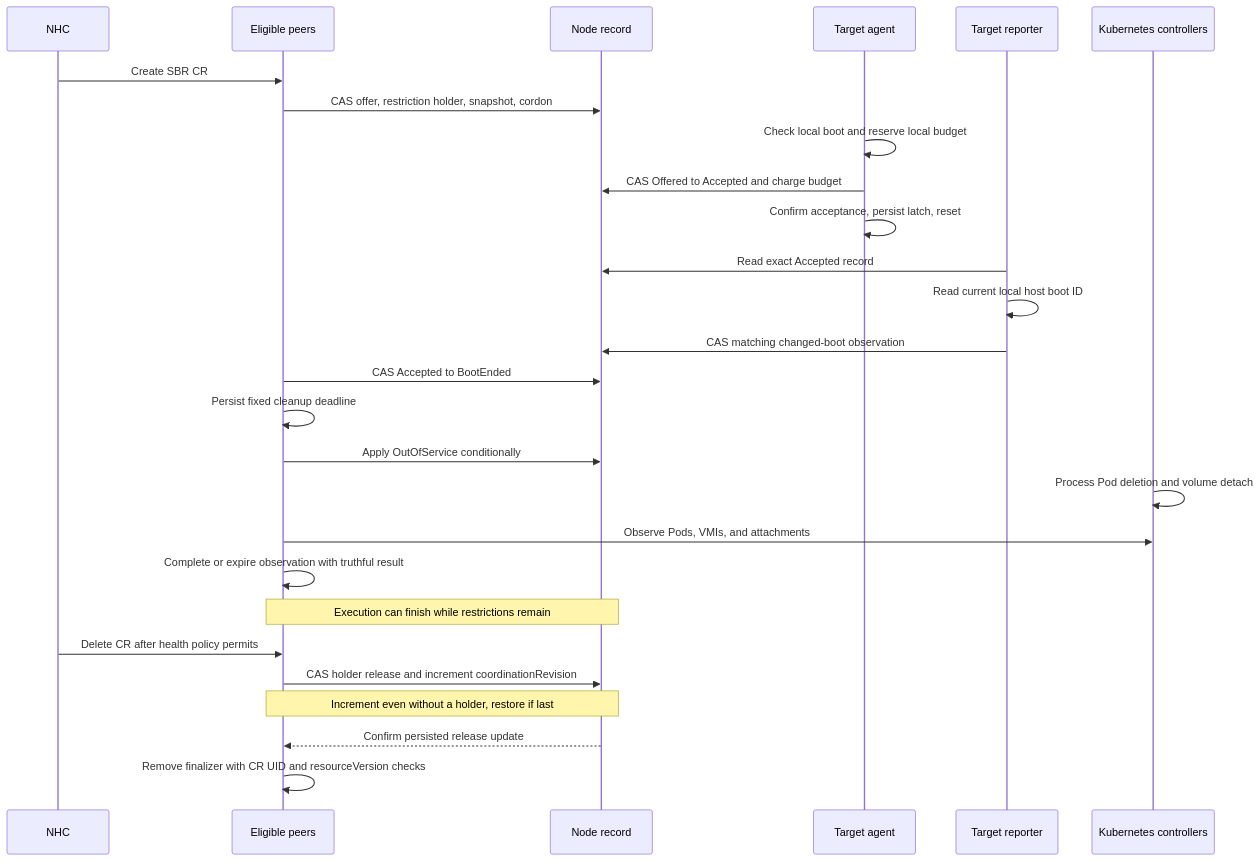
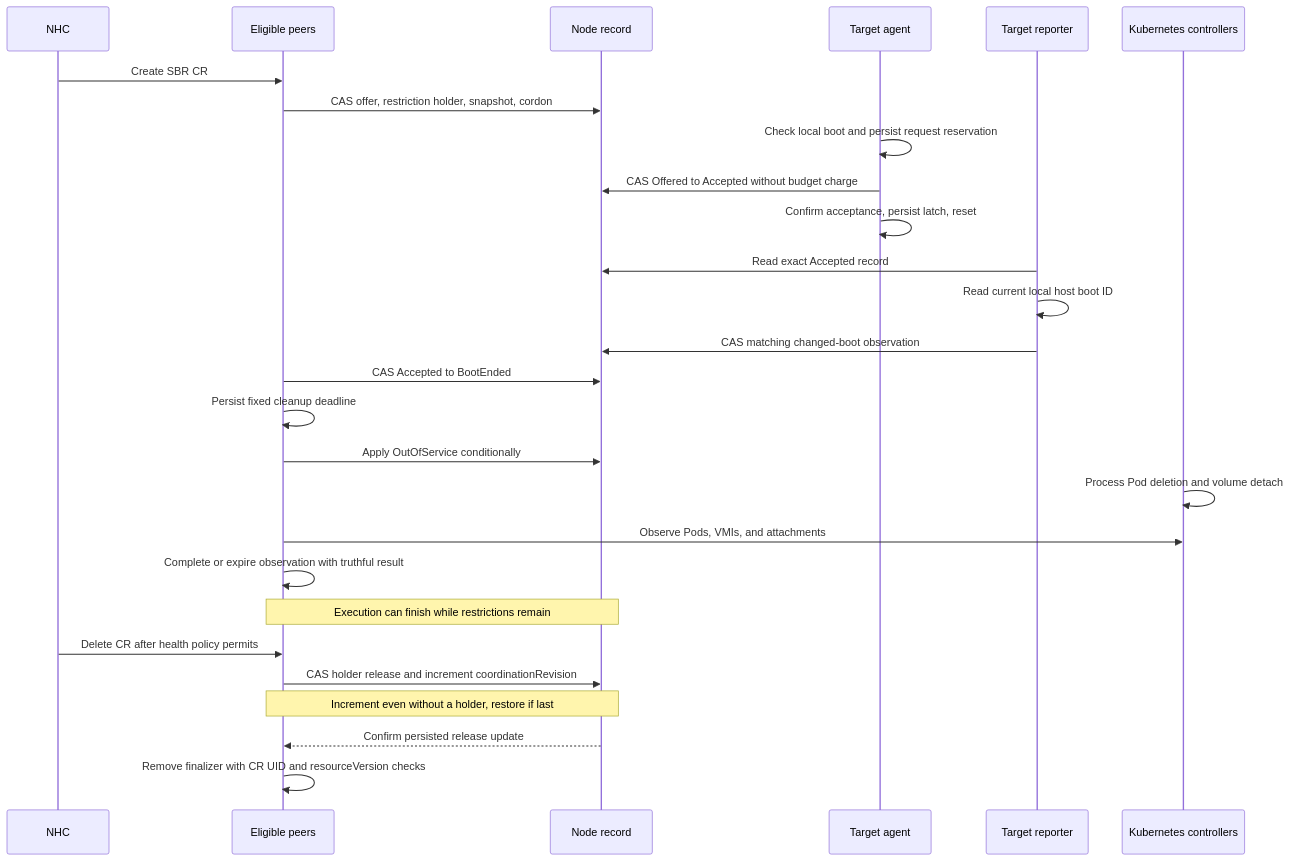
The third of 3 diagrams in docs/design/storage-arbitrated-remediation.md (medik8s/storage-based-remediation), drawn with Mermaid before and after one commit. The commit also changed other lines of this file, not shown here.

````diff
--- a/docs/design/storage-arbitrated-remediation.md
+++ b/docs/design/storage-arbitrated-remediation.md
@@ -874,29 +889,29 @@
 ```mermaid
 sequenceDiagram
   participant NHC
   participant P as Eligible peers
   participant N as Node record
   participant A as Target agent
   participant R as Target reporter
   participant K as Kubernetes controllers
   NHC->>P: Create SBR CR
   P->>N: CAS offer, restriction holder, snapshot, cordon
-  A->>A: Check local boot and reserve local budget
-  A->>N: CAS Offered to Accepted and charge budget
+  A->>A: Check local boot and persist request reservation
+  A->>N: CAS Offered to Accepted without budget charge
   A->>A: Confirm acceptance, persist latch, reset
   R->>N: Read exact Accepted record
   R->>R: Read current local host boot ID
   R->>N: CAS matching changed-boot observation
   P->>N: CAS Accepted to BootEnded
   P->>P: Persist fixed cleanup deadline
   P->>N: Apply OutOfService conditionally
   K->>K: Process Pod deletion and volume detach
   P->>K: Observe Pods, VMIs, and attachments
   P->>P: Complete or expire observation with truthful result
   Note over P,N: Execution can finish while restrictions remain
   NHC->>P: Delete CR after health policy permits
   P->>N: CAS holder release and increment coordinationRevision
   Note over P,N: Increment even without a holder, restore if last
   N-->>P: Confirm persisted release update
   P->>P: Remove finalizer with CR UID and resourceVersion checks
 ```
````
